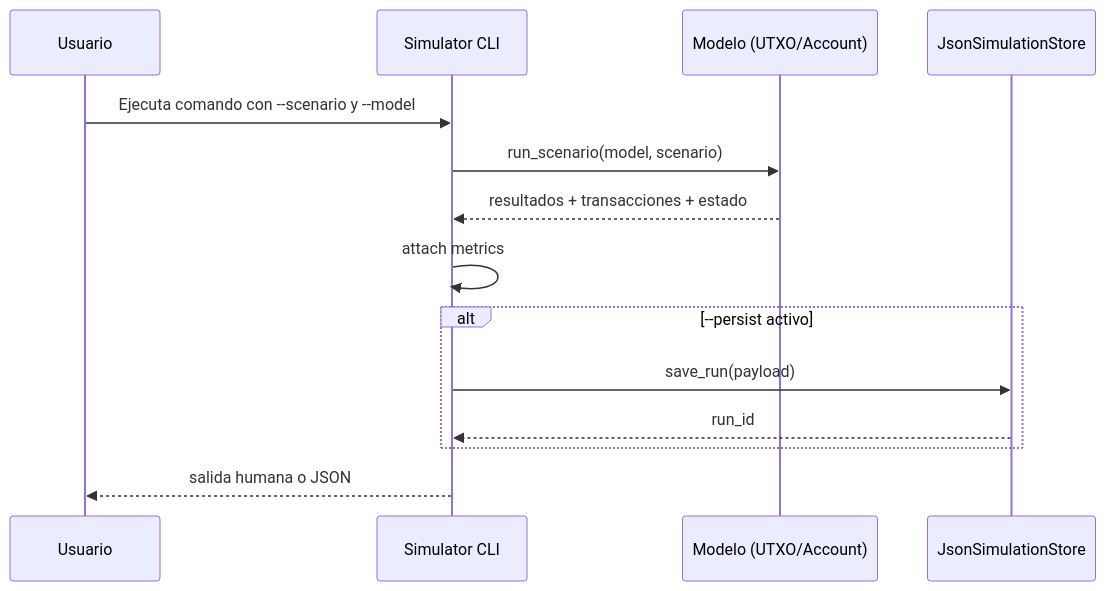
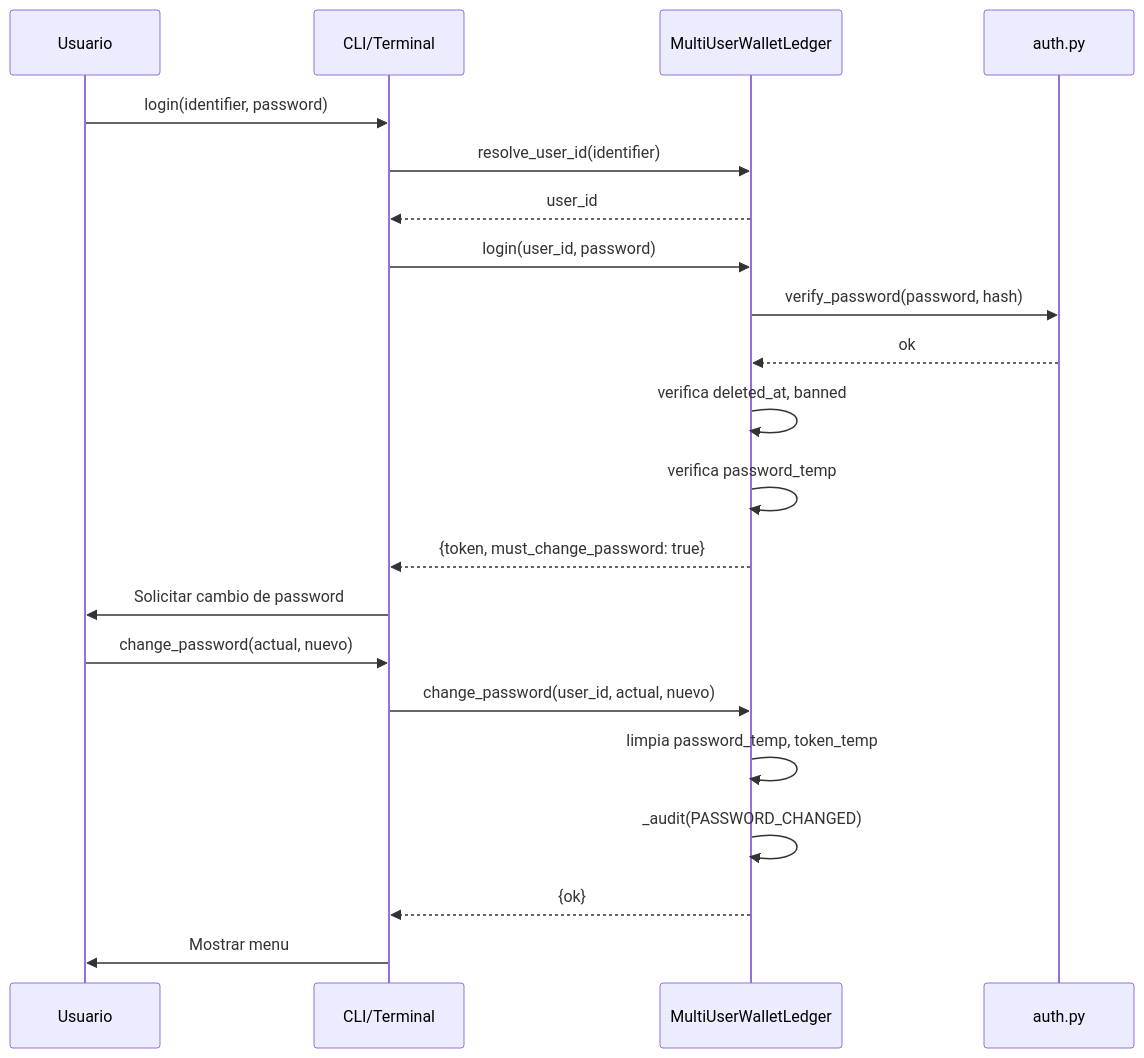
One commit to basic-blockchain/blockchain-data-model changed the third of 6 diagrams in docs/es/SYSTEM_DOCUMENTATION.md. Above: the diagram before and after it, drawn with Mermaid. The commit also changed other lines of this file and 5 other files, not shown here.

````diff
--- a/docs/es/SYSTEM_DOCUMENTATION.md
+++ b/docs/es/SYSTEM_DOCUMENTATION.md
@@ -37,17 +203,24 @@
 ```mermaid
 sequenceDiagram
     participant U as Usuario
-    participant CLI as Simulator CLI
-    participant M as Modelo (UTXO/Account)
-    participant S as JsonSimulationStore
+    participant CLI as CLI/Terminal
+    participant L as MultiUserWalletLedger
+    participant A as auth.py
 
-    U->>CLI: Ejecuta comando con --scenario y --model
-    CLI->>M: run_scenario(model, scenario)
-    M-->>CLI: resultados + transacciones + estado
-    CLI->>CLI: attach metrics
-    alt --persist activo
-        CLI->>S: save_run(payload)
-        S-->>CLI: run_id
-    end
-    CLI-->>U: salida humana o JSON
+    U->>CLI: login(identifier, password)
+    CLI->>L: resolve_user_id(identifier)
+    L-->>CLI: user_id
+    CLI->>L: login(user_id, password)
+    L->>A: verify_password(password, hash)
+    A-->>L: ok
+    L->>L: verifica deleted_at, banned
+    L->>L: verifica password_temp
+    L-->>CLI: {token, must_change_password: true}
+    CLI->>U: Solicitar cambio de password
+    U->>CLI: change_password(actual, nuevo)
+    CLI->>L: change_password(user_id, actual, nuevo)
+    L->>L: limpia password_temp, token_temp
+    L->>L: _audit(PASSWORD_CHANGED)
+    L-->>CLI: {ok}
+    CLI->>U: Mostrar menu
 ```
````
